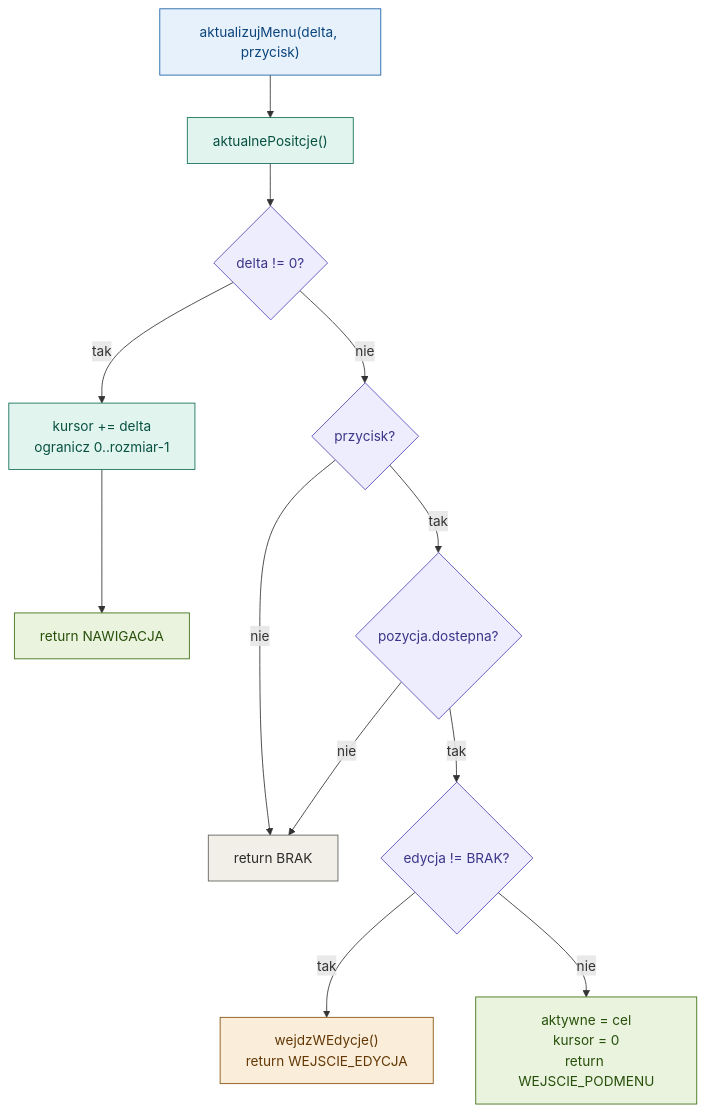
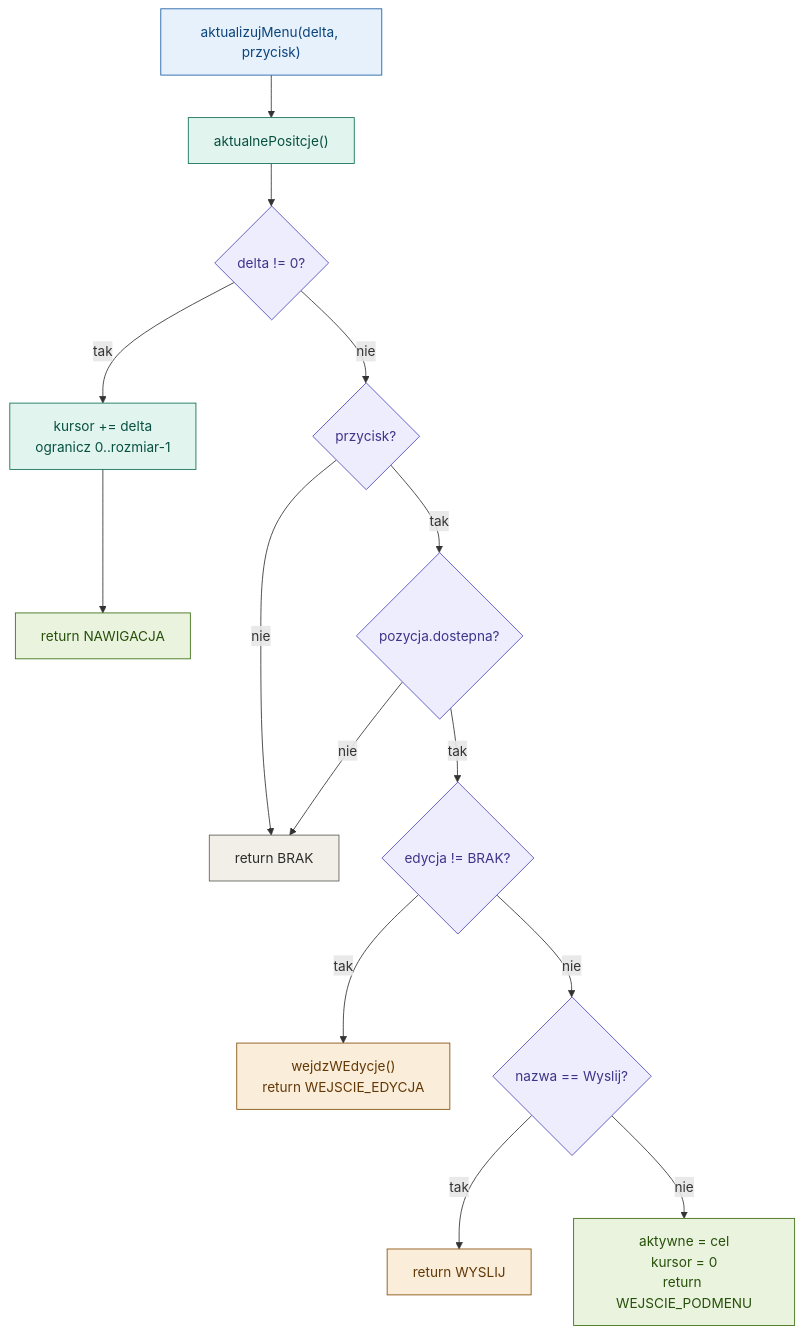
Before and after one commit to przemek2508p/esp32-modbus-w5500: the third of 4 diagrams in README.md, drawn with Mermaid. The commit also changed other lines of this file, not shown here.

````diff
--- a/README.md
+++ b/README.md
@@ -356,21 +187,23 @@
 ```mermaid
 flowchart TD
     A["aktualizujMenu(delta, przycisk)"]:::blue --> B["aktualnePositcje()"]:::teal
     B --> C{"delta != 0?"}:::purple
     C -- tak --> D["kursor += delta<br/>ogranicz 0..rozmiar-1"]:::teal
     D --> E["return NAWIGACJA"]:::green
     C -- nie --> F{"przycisk?"}:::purple
     F -- nie --> G["return BRAK"]:::gray
     F -- tak --> H{"pozycja.dostepna?"}:::purple
     H -- nie --> G
     H -- tak --> I{"edycja != BRAK?"}:::purple
     I -- tak --> J["wejdzWEdycje()<br/>return WEJSCIE_EDYCJA"]:::amber
-    I -- nie --> K["aktywne = cel<br/>kursor = 0<br/>return WEJSCIE_PODMENU"]:::green
+    I -- nie --> K{"nazwa == Wyslij?"}:::purple
+    K -- tak --> L["return WYSLIJ"]:::amber
+    K -- nie --> M["aktywne = cel<br/>kursor = 0<br/>return WEJSCIE_PODMENU"]:::green
 
     classDef blue fill:#E6F1FB,stroke:#185FA5,color:#0C447C
     classDef purple fill:#EEEDFE,stroke:#534AB7,color:#3C3489
     classDef green fill:#EAF3DE,stroke:#3B6D11,color:#27500A
     classDef teal fill:#E1F5EE,stroke:#0F6E56,color:#085041
     classDef amber fill:#FAEEDA,stroke:#854F0B,color:#633806
     classDef gray fill:#F1EFE8,stroke:#5F5E5A,color:#2C2C2A
 ```
````
